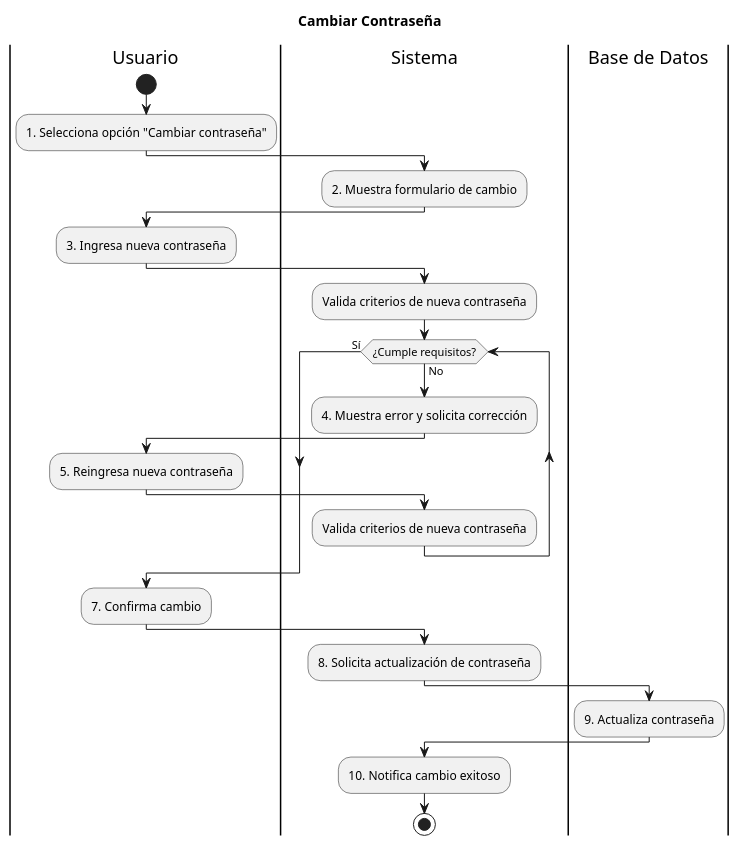
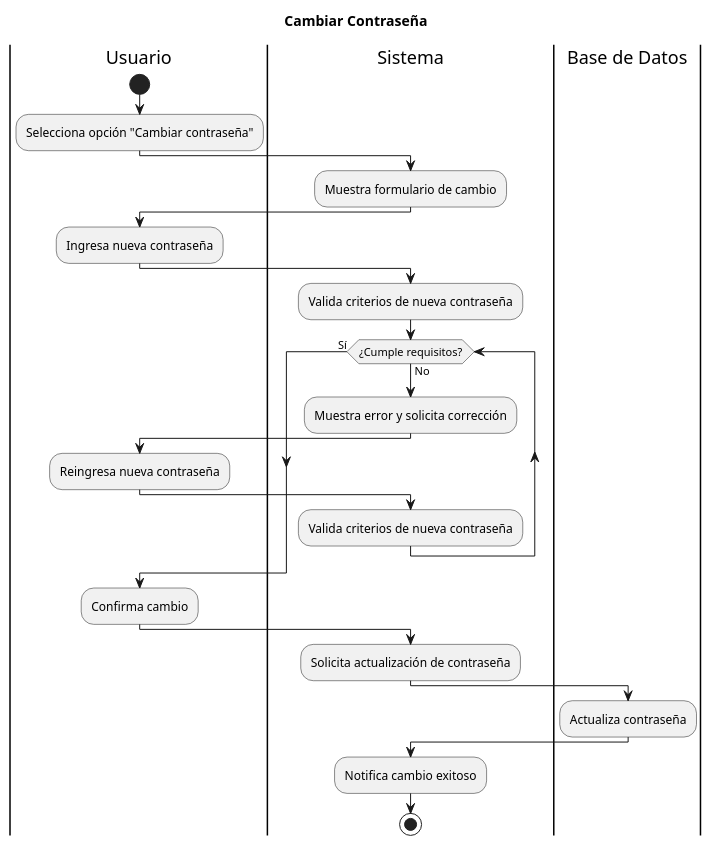
Before and after one commit to LauKnitIn/SISTEMA-GESTOR-DE-RECORRIDOS: the diagram in diagramas_modulo_autenticacion/actividades-modulo-autenticacion/Actividades_Cambiar_contraseña.puml, drawn with PlantUML.

Commit message:
Actualización diagrama Actividades Cambiar_contraseña.puml

```diff
--- a/diagramas_modulo_autenticacion/actividades-modulo-autenticacion/Actividades_Cambiar_contraseña.puml
+++ b/diagramas_modulo_autenticacion/actividades-modulo-autenticacion/Actividades_Cambiar_contraseña.puml
@@ -1,38 +1,38 @@
 @startuml
 title Cambiar Contraseña
 
 |Usuario|
 start
-:1. Selecciona opción "Cambiar contraseña";
+:Selecciona opción "Cambiar contraseña";
 
 |Sistema|
-:2. Muestra formulario de cambio;
+:Muestra formulario de cambio;
 
 |Usuario|
-:3. Ingresa nueva contraseña;
+:Ingresa nueva contraseña;
 
 |Sistema|
 :Valida criterios de nueva contraseña;
 
 while (¿Cumple requisitos?) is (No)
-:4. Muestra error y solicita corrección;
+:Muestra error y solicita corrección;
 |Usuario|
-:5. Reingresa nueva contraseña;
+:Reingresa nueva contraseña;
 |Sistema|
 :Valida criterios de nueva contraseña;
 endwhile (Sí)
 
 |Usuario|
-:7. Confirma cambio;
+:Confirma cambio;
 
 |Sistema|
-:8. Solicita actualización de contraseña;
+:Solicita actualización de contraseña;
 
 |Base de Datos|
-:9. Actualiza contraseña;
+:Actualiza contraseña;
 
 |Sistema|
-:10. Notifica cambio exitoso;
+:Notifica cambio exitoso;
 
 stop
 @enduml
```
